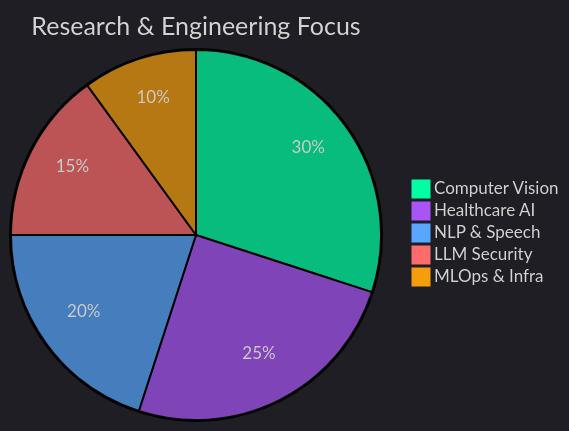
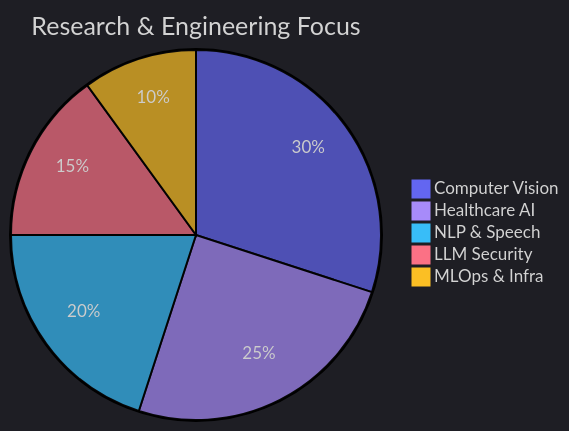
The first of 2 diagrams in README.md (abd84/abd84), drawn with Mermaid before and after one commit. The commit also changed other lines of this file, not shown here.

First line of the commit message:
fix: elegant dark-indigo hero, drop neon green, fix all stats URLs

````diff
--- a/README.md
+++ b/README.md
@@ -108,9 +93,9 @@
 ```mermaid
-%%{init: {'theme': 'dark', 'themeVariables': {'darkMode': true, 'background': '#0D1117', 'primaryColor': '#00FFA3', 'edgeLabelBackground': '#0D1117', 'pie1': '#00FFA3', 'pie2': '#A855F7', 'pie3': '#58A6FF', 'pie4': '#FF6B6B', 'pie5': '#F59E0B'}}}%%
+%%{init: {'theme': 'dark', 'themeVariables': {'darkMode': true, 'background': '#0D1117', 'pie1': '#6366F1', 'pie2': '#A78BFA', 'pie3': '#38BDF8', 'pie4': '#FB7185', 'pie5': '#FBBF24'}}}%%
 pie title Research & Engineering Focus
     "Computer Vision" : 30
     "Healthcare AI" : 25
     "NLP & Speech" : 20
     "LLM Security" : 15
     "MLOps & Infra" : 10
 ```
````
